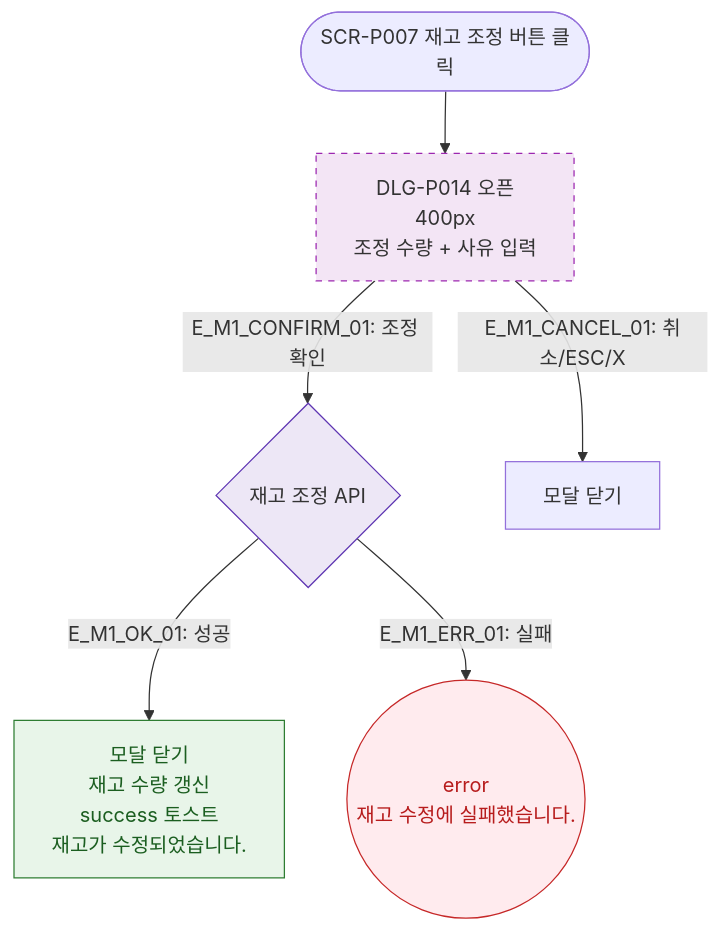
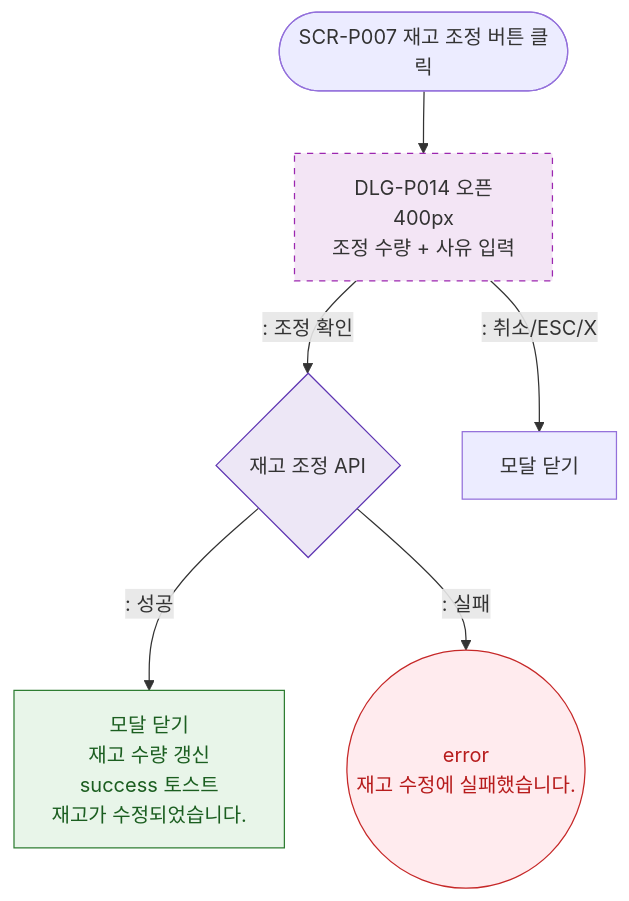
Before and after one commit to dev-spogym/admin-pando: the diagram in docs/다이어그램/D05_상품관리/DLG/DLG-P014_재고조정/M1_모달생명주기.md, drawn with Mermaid. The commit also changed other lines of this file and 1660 other files, not shown here.

First line of the commit message:
다이어그램: 기획자/클라이언트 납품본으로 정리

````diff
--- a/docs/다이어그램/D05_상품관리/DLG/DLG-P014_재고조정/M1_모달생명주기.md
+++ b/docs/다이어그램/D05_상품관리/DLG/DLG-P014_재고조정/M1_모달생명주기.md
@@ -16,18 +14,18 @@
 ```mermaid
 flowchart TD
     TRIGGER([SCR-P007 재고 조정 버튼 클릭]) --> OpenModal[DLG-P014 오픈\n400px\n조정 수량 + 사유 입력]
-    OpenModal -->|"E_M1_CONFIRM_01: 조정 확인"| SaveAPI{재고 조정 API}
-    OpenModal -->|"E_M1_CANCEL_01: 취소/ESC/X"| Closed[모달 닫기]
+    OpenModal -->|": 조정 확인"|SaveAPI{재고 조정 API}
+    OpenModal -->|": 취소/ESC/X"|Closed[모달 닫기]
 
-    SaveAPI -->|"E_M1_OK_01: 성공"| CloseSuccess[모달 닫기\n재고 수량 갱신\nsuccess 토스트\n재고가 수정되었습니다.]
-    SaveAPI -->|"E_M1_ERR_01: 실패"| SaveErr((error\n재고 수정에 실패했습니다.))
+    SaveAPI -->|": 성공"|CloseSuccess[모달 닫기\n재고 수량 갱신\nsuccess 토스트\n재고가 수정되었습니다.]
+    SaveAPI -->|": 실패"|SaveErr((error\n재고 수정에 실패했습니다.))
 
     classDef newFeature fill:#F3E5F5,stroke:#9C27B0,stroke-dasharray:5 5
     classDef success fill:#E8F5E9,stroke:#2E7D32,color:#1B5E20
     classDef error fill:#FFEBEE,stroke:#C62828,color:#B71C1C
     classDef system fill:#EDE7F6,stroke:#5E35B2
     class OpenModal newFeature
     class CloseSuccess success
     class SaveErr error
     class SaveAPI system
 ```
````
